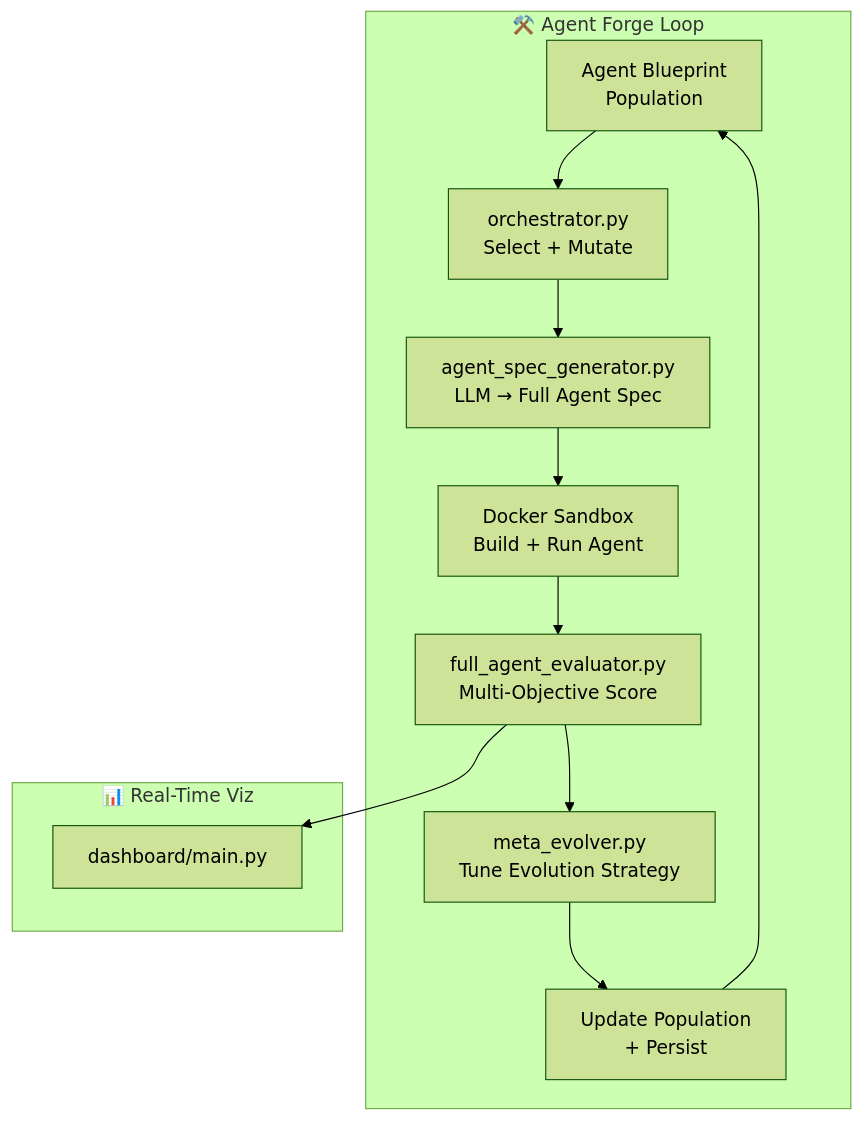
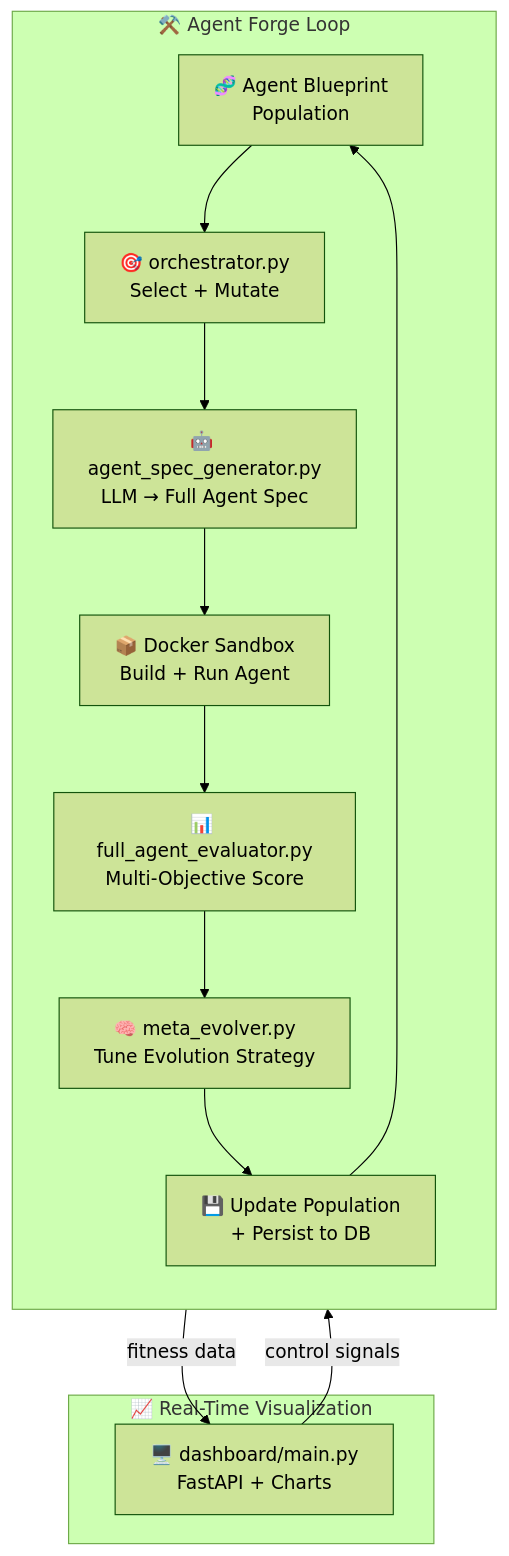
Before and after one commit to NullLabTests/grounded_agent_forge: the second of 4 diagrams in README.md, drawn with Mermaid (forest theme). The commit also changed other lines of this file and 11 other files, not shown here.

````diff
--- a/README.md
+++ b/README.md
@@ -127,18 +158,20 @@
 ```mermaid
 graph TB
     subgraph Forge["⚒️ Agent Forge Loop"]
-        A["Agent Blueprint<br/>Population"] --> B["orchestrator.py<br/>Select + Mutate"]
-        B --> C["agent_spec_generator.py<br/>LLM → Full Agent Spec"]
-        C --> D["Docker Sandbox<br/>Build + Run Agent"]
-        D --> E["full_agent_evaluator.py<br/>Multi-Objective Score"]
-        E --> F["meta_evolver.py<br/>Tune Evolution Strategy"]
-        F --> G["Update Population<br/>+ Persist"]
+        direction TB
+        A["🧬 Agent Blueprint<br/>Population"] --> B["🎯 orchestrator.py<br/>Select + Mutate"]
+        B --> C["🤖 agent_spec_generator.py<br/>LLM → Full Agent Spec"]
+        C --> D["📦 Docker Sandbox<br/>Build + Run Agent"]
+        D --> E["📊 full_agent_evaluator.py<br/>Multi-Objective Score"]
+        E --> F["🧠 meta_evolver.py<br/>Tune Evolution Strategy"]
+        F --> G["💾 Update Population<br/>+ Persist to DB"]
         G --> A
     end
 
-    subgraph Dashboard["📊 Real-Time Viz"]
-        DASH["dashboard/main.py"]
+    subgraph Dashboard["📈 Real-Time Visualization"]
+        DASH["🖥️ dashboard/main.py<br/>FastAPI + Charts"]
     end
 
-    E --> DASH
+    E -->|"fitness data"| DASH
+    DASH -->|"control signals"| B
 ```
````
